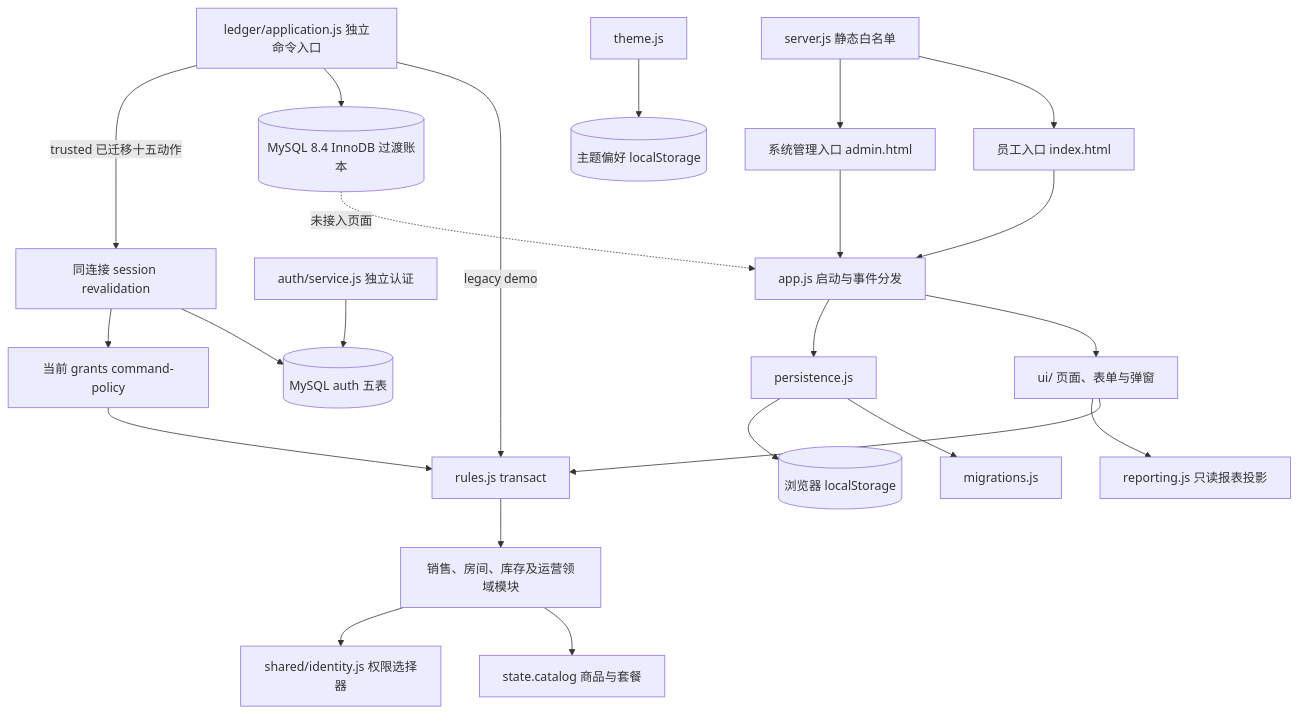
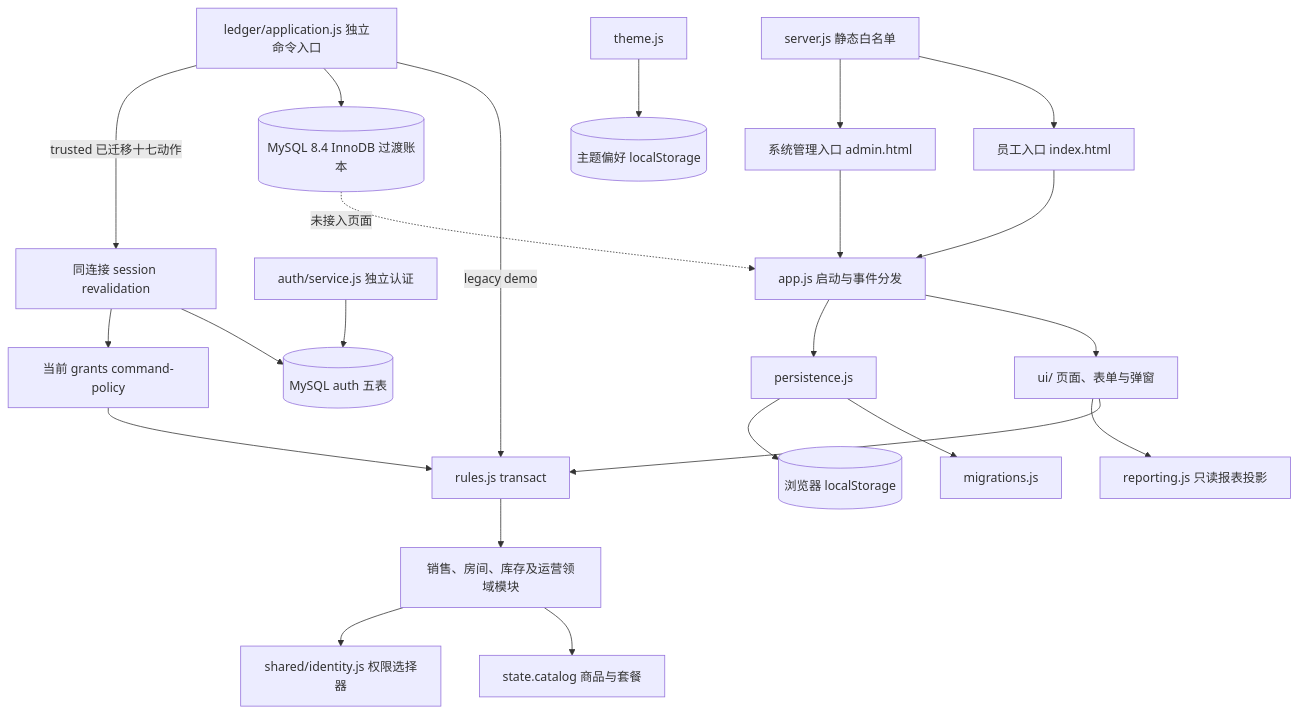
The diagram in docs/ARCHITECTURE.md (Richard-Zhuo/codex-KTV), drawn with Mermaid before and after one commit. The commit also changed other lines of this file and 13 other files, not shown here.

````diff
--- a/docs/ARCHITECTURE.md
+++ b/docs/ARCHITECTURE.md
@@ -7,25 +7,25 @@
 ```mermaid
 flowchart TD
   E[员工入口 index.html] --> APP[app.js 启动与事件分发]
   A[系统管理入口 admin.html] --> APP
   APP --> UI[ui/ 页面、表单与弹窗]
   APP --> P[persistence.js]
   P --> M[migrations.js]
   P --> LS[(浏览器 localStorage)]
   UI --> TX[rules.js transact]
   TX --> D[销售、房间、库存及运营领域模块]
   UI --> REP[reporting.js 只读报表投影]
   D --> C[state.catalog 商品与套餐]
   D --> ID[shared/identity.js 权限选择器]
   T[theme.js] --> PREF[(主题偏好 localStorage)]
   S[server.js 静态白名单] --> E
   S --> A
   L[ledger/application.js 独立命令入口] -->|legacy demo| TX
   L --> DB[(MySQL 8.4 InnoDB 过渡账本)]
   AUTH[auth/service.js 独立认证] --> AUTHDB[(MySQL auth 五表)]
-  L -->|trusted 已迁移十五动作| RV[同连接 session revalidation]
+  L -->|trusted 已迁移十七动作| RV[同连接 session revalidation]
   RV --> AUTHDB
   RV --> CP[当前 grants command-policy]
   CP --> TX
   DB -. 未接入页面 .-> APP
 ```
````
